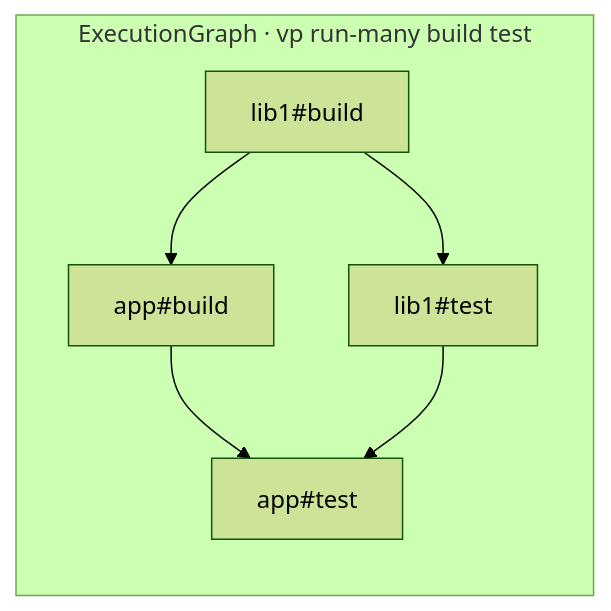
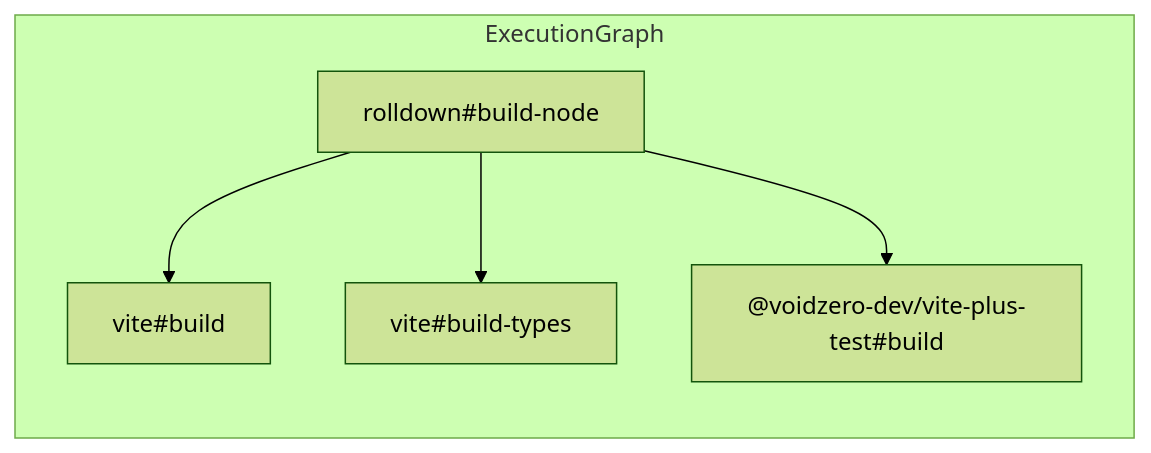
The third of 4 diagrams in docs/rfcs/run-many.md (RSS1102/vite-task), drawn with Mermaid (forest theme) before and after one commit. The commit also changed other lines of this file, not shown here.

Commit message:
docs(rfc): rewrite run-many with vite-plus task names, clearer sequence/parallel callouts

````diff
--- a/docs/rfcs/run-many.md
+++ b/docs/rfcs/run-many.md
@@ -67,10 +80,9 @@
 ```mermaid
 flowchart TD
-  subgraph G["ExecutionGraph · vp run-many build test"]
+  subgraph G["ExecutionGraph"]
     direction TB
-    lb[lib1#build] --> la[app#build]
-    lb --> lt[lib1#test]
-    la --> at[app#test]
-    lt --> at
+    rn[rolldown#build-node] --> vb[vite#build]
+    rn --> vbt[vite#build-types]
+    rn --> vpt["@voidzero-dev/vite-plus-test#build"]
   end
 ```
````
